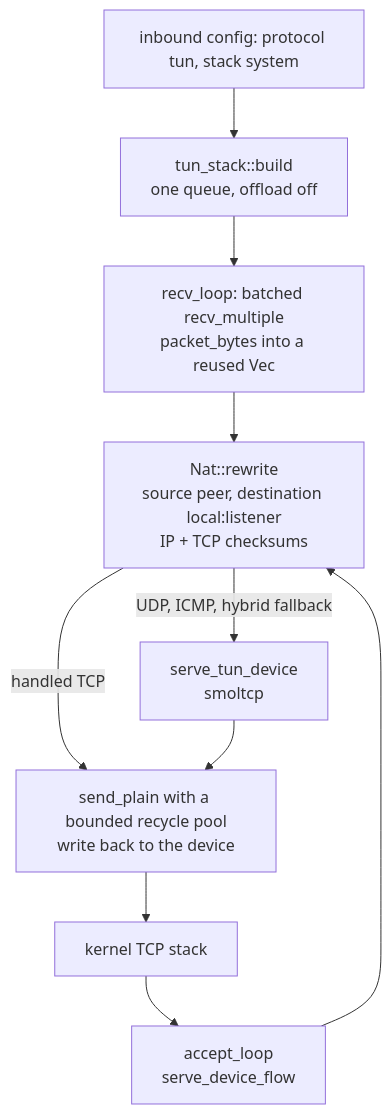
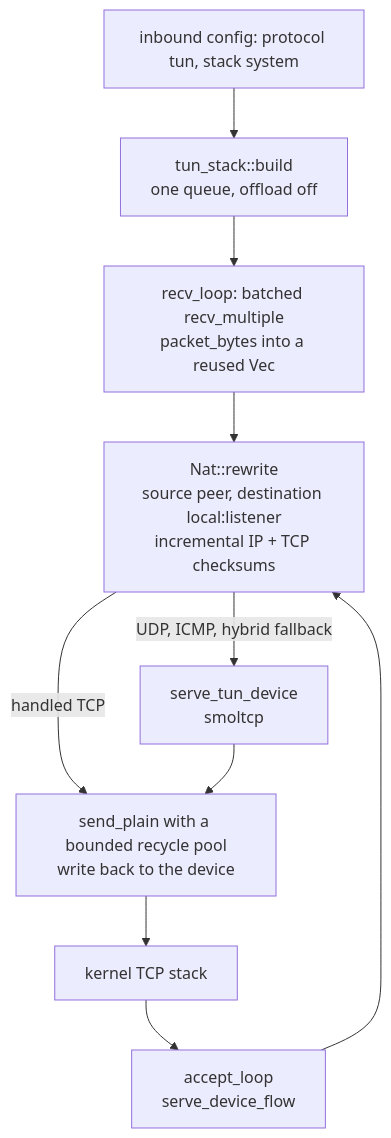
Before and after one commit to Ferrocite/ferrox: the second of 2 diagrams in docs/function/front-tun-smoltcp.md, drawn with Mermaid. The commit also changed other lines of this file and 2 other files, not shown here.

Commit message:
tun system: update rewritten checksums incrementally

````diff
--- a/docs/function/front-tun-smoltcp.md
+++ b/docs/function/front-tun-smoltcp.md
@@ -28,12 +28,12 @@
 ```mermaid
 graph TD
     A["inbound config: protocol tun, stack system"] --> B["tun_stack::build<br/>one queue, offload off"]
     B --> R["recv_loop: batched recv_multiple<br/>packet_bytes into a reused Vec"]
-    R --> N["Nat::rewrite<br/>source peer, destination local:listener<br/>IP + TCP checksums"]
+    R --> N["Nat::rewrite<br/>source peer, destination local:listener<br/>incremental IP + TCP checksums"]
     N -->|handled TCP| W["send_plain with a bounded recycle pool<br/>write back to the device"]
     N -->|UDP, ICMP, hybrid fallback| S["serve_tun_device<br/>smoltcp"]
     W --> K["kernel TCP stack"]
     K --> L["accept_loop<br/>serve_device_flow"]
     L --> N
     S --> W
 ```
````
